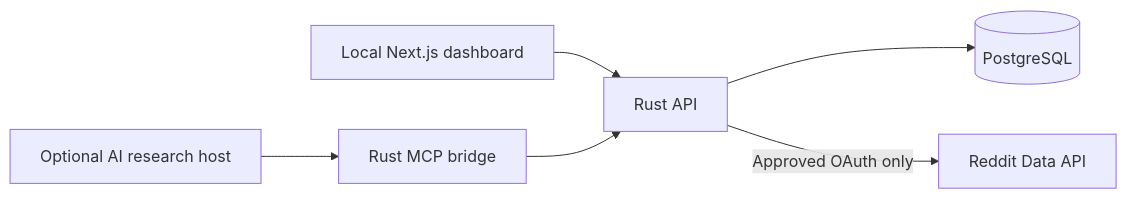
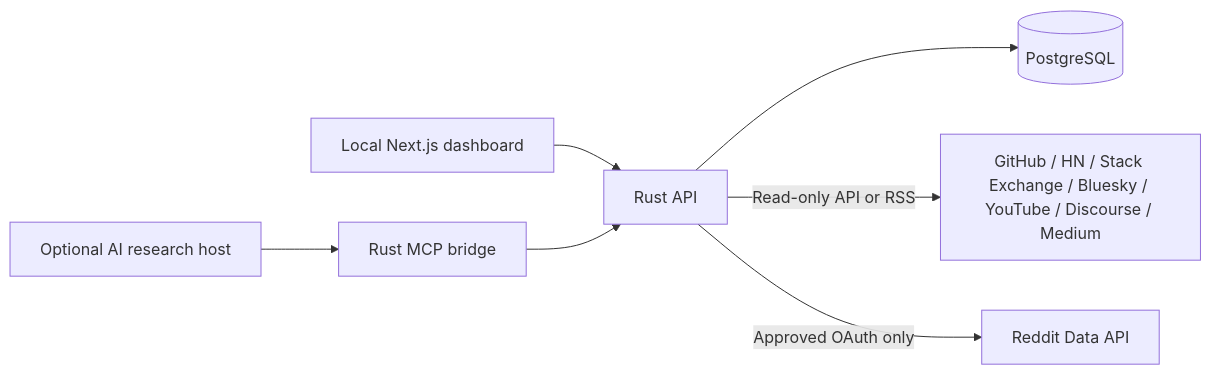
The diagram in README.md (savisaluwadana/Pain-Point-Analyzer), drawn with Mermaid before and after one commit. The commit also changed other lines of this file, not shown here.

````diff
--- a/README.md
+++ b/README.md
@@ -66,8 +88,9 @@
 ```mermaid
 flowchart LR
   Browser["Local Next.js dashboard"] --> API["Rust API"]
   Host["Optional AI research host"] --> MCP["Rust MCP bridge"]
   MCP --> API
   API --> PG[("PostgreSQL")]
+  API -->|Read-only API or RSS| Sources["GitHub / HN / Stack Exchange / Bluesky / YouTube / Discourse / Medium"]
   API -->|Approved OAuth only| Reddit["Reddit Data API"]
 ```
````
